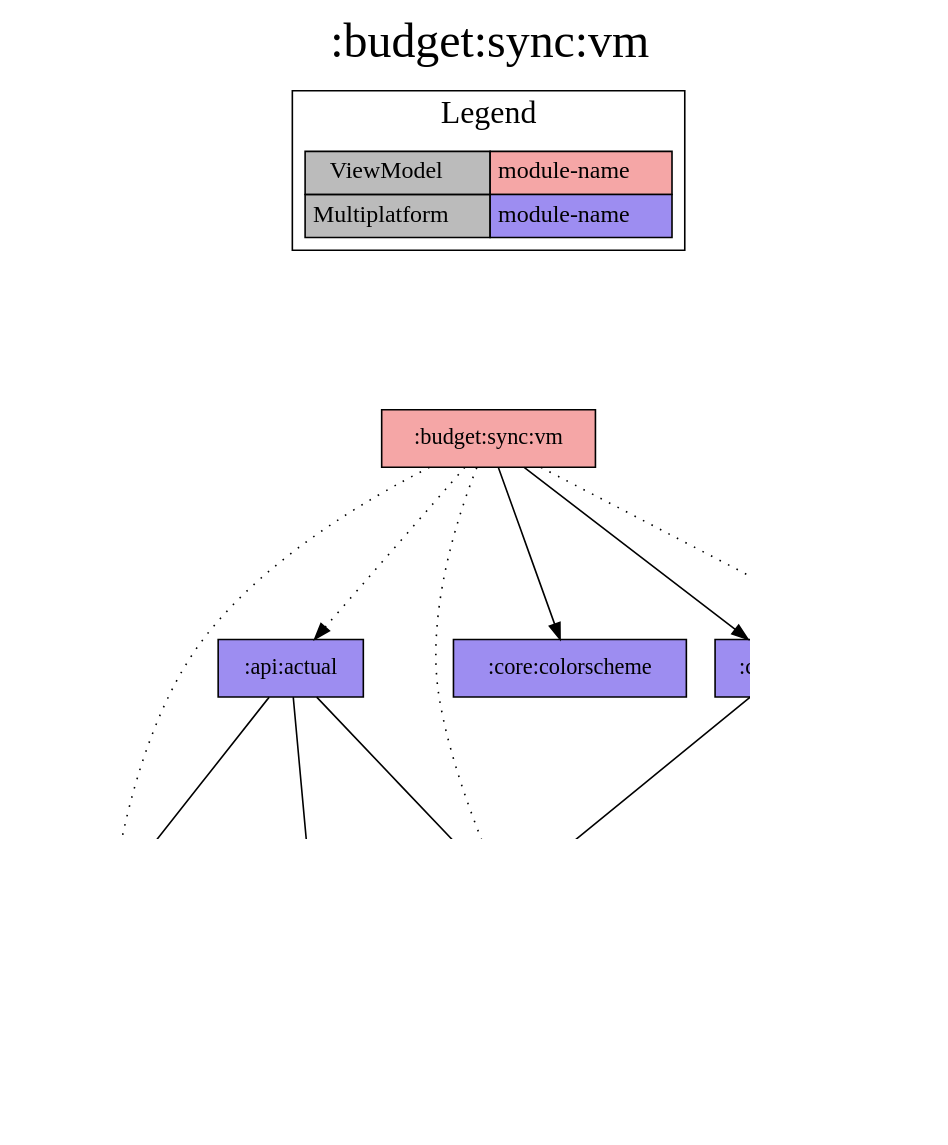
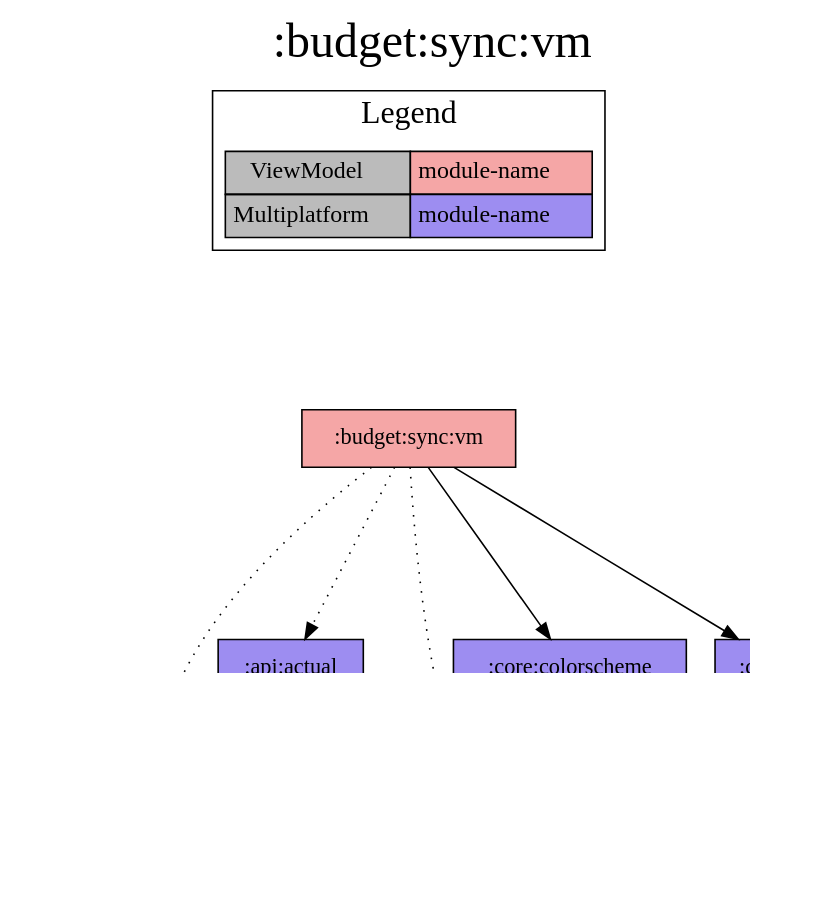
One commit to jonapoul/aktual changed the diagram in modules/budget/sync/vm/project-dependency-graph.dot. Above: the diagram before and after it, drawn with Graphviz. The commit also changed 113 other files, not shown here.

```diff
--- a/modules/budget/sync/vm/project-dependency-graph.dot
+++ b/modules/budget/sync/vm/project-dependency-graph.dot
@@ -1,39 +1,35 @@
 digraph {
 edge ["dir"="forward"]
 graph ["dpi"="100","label"=":budget:sync:vm","labelloc"="t","fontsize"="30","ranksep"="1.5","rankdir"="TB"]
 node ["style"="filled"]
 ":account:model" ["fillcolor"="#9D8DF1","shape"="box"]
 ":api:actual" ["fillcolor"="#9D8DF1","shape"="box"]
 ":budget:model" ["fillcolor"="#9D8DF1","shape"="box"]
 ":budget:sync:vm" ["fillcolor"="#F5A6A6","shape"="box"]
 ":core:colorscheme" ["fillcolor"="#9D8DF1","shape"="box"]
 ":core:files" ["fillcolor"="#9D8DF1","shape"="box"]
-":core:model" ["fillcolor"="#9D8DF1","shape"="box"]
-":log" ["fillcolor"="#9D8DF1","shape"="box"]
 ":url:model" ["fillcolor"="#9D8DF1","shape"="box"]
 {
 edge ["dir"="none"]
 graph ["rank"="same"]
 }
 ":api:actual" -> ":account:model"
 ":api:actual" -> ":budget:model"
 ":api:actual" -> ":url:model"
 ":budget:sync:vm" -> ":account:model" ["style"="dotted"]
 ":budget:sync:vm" -> ":api:actual" ["style"="dotted"]
 ":budget:sync:vm" -> ":budget:model" ["style"="dotted"]
 ":budget:sync:vm" -> ":core:colorscheme"
 ":budget:sync:vm" -> ":core:files"
-":budget:sync:vm" -> ":log" ["style"="dotted"]
 ":core:files" -> ":budget:model"
-":url:model" -> ":core:model" ["style"="dotted"]
 subgraph "cluster_legend" {
 edge ["dir"="none"]
 graph ["label"="Legend","fontsize"="20"]
 "Legend" ["style"="filled","fillcolor"="#bbbbbb","shape"="none","margin"="0","fontsize"="15","label"=<
 <TABLE BORDER="0" CELLBORDER="1" CELLSPACING="0" CELLPADDING="4">
 <TR><TD>ViewModel</TD><TD BGCOLOR="#F5A6A6">module-name</TD></TR>
 <TR><TD>Multiplatform</TD><TD BGCOLOR="#9D8DF1">module-name</TD></TR>
 </TABLE>
 >]
 } -> ":budget:sync:vm" ["style"="invis"]
 }
```
